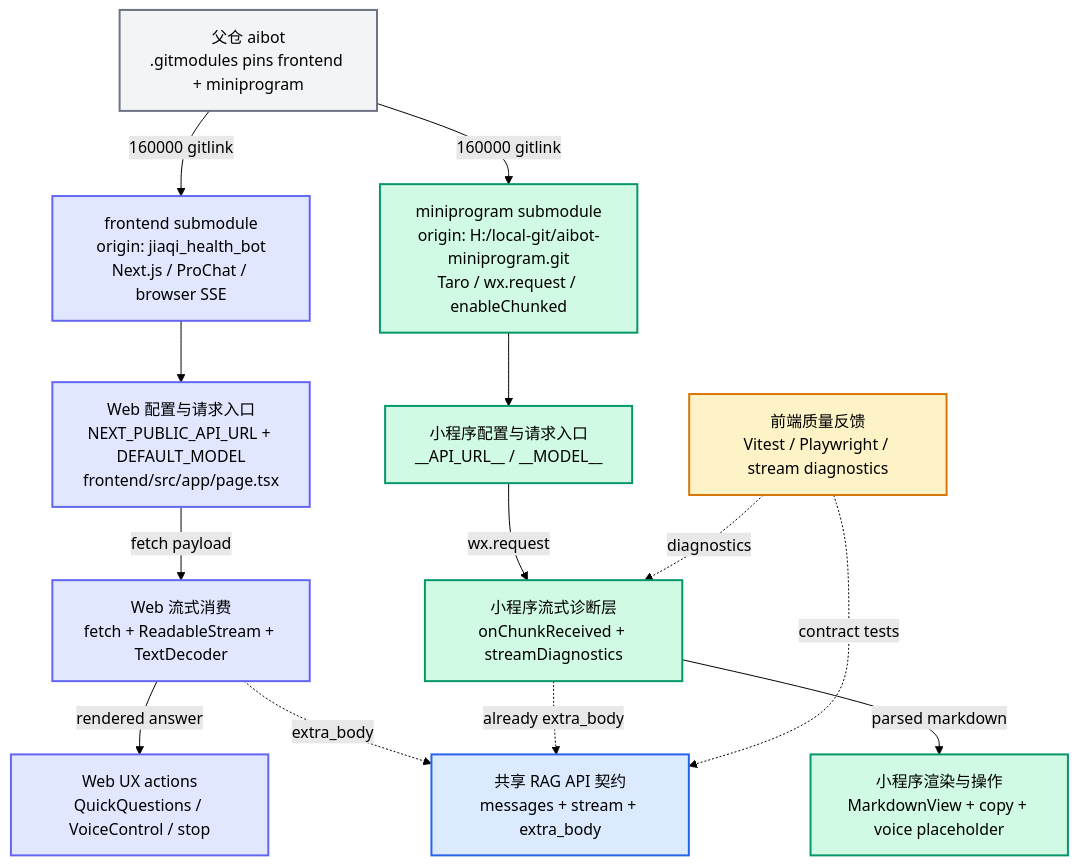
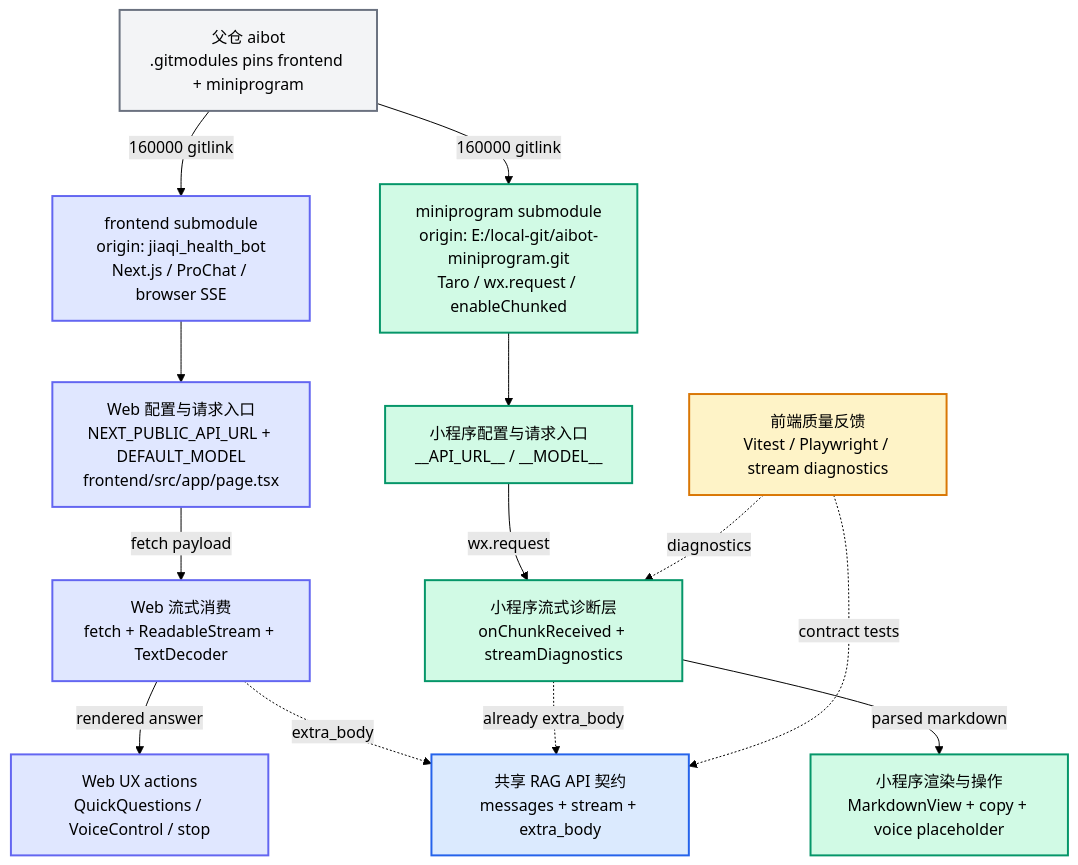
Before and after one commit to lelelelelelelelelelelelele/aibot_health: the diagram in docs/architecture/frontend_adapters/diagram.mmd, drawn with Mermaid (forest theme). The commit also changed 15 other files, not shown here.

```diff
--- a/docs/architecture/frontend_adapters/diagram.mmd
+++ b/docs/architecture/frontend_adapters/diagram.mmd
@@ -1,32 +1,32 @@
 flowchart TD
   parent_repo["父仓 aibot<br/>.gitmodules pins frontend + miniprogram"]
   web_submodule["frontend submodule<br/>origin: jiaqi_health_bot<br/>Next.js / ProChat / browser SSE"]
-  mini_submodule["miniprogram submodule<br/>origin: H:/local-git/aibot-miniprogram.git<br/>Taro / wx.request / enableChunked"]
+  mini_submodule["miniprogram submodule<br/>origin: E:/local-git/aibot-miniprogram.git<br/>Taro / wx.request / enableChunked"]
   web_config["Web 配置与请求入口<br/>NEXT_PUBLIC_API_URL + DEFAULT_MODEL<br/>frontend/src/app/page.tsx"]
   web_stream["Web 流式消费<br/>fetch + ReadableStream + TextDecoder"]
   web_actions["Web UX actions<br/>QuickQuestions / VoiceControl / stop"]
   mini_config["小程序配置与请求入口<br/>__API_URL__ / __MODEL__"]
   mini_stream["小程序流式诊断层<br/>onChunkReceived + streamDiagnostics"]
   mini_render["小程序渲染与操作<br/>MarkdownView + copy + voice placeholder"]
   shared_contract["共享 RAG API 契约<br/>messages + stream + extra_body"]
   frontend_quality["前端质量反馈<br/>Vitest / Playwright / stream diagnostics"]
 
   parent_repo -->|"160000 gitlink"| web_submodule
   parent_repo -->|"160000 gitlink"| mini_submodule
   web_submodule --> web_config -->|"fetch payload"| web_stream -->|"rendered answer"| web_actions
   mini_submodule --> mini_config -->|"wx.request"| mini_stream -->|"parsed markdown"| mini_render
   web_stream -.->|"extra_body"| shared_contract
   mini_stream -.->|"already extra_body"| shared_contract
   frontend_quality -.->|"diagnostics"| mini_stream
   frontend_quality -.->|"contract tests"| shared_contract
 
   classDef boundary fill:#f3f4f6,stroke:#6b7280,stroke-width:2px
   classDef web fill:#e0e7ff,stroke:#6366f1,stroke-width:2px
   classDef mini fill:#d1fae5,stroke:#059669,stroke-width:2px
   classDef contract fill:#dbeafe,stroke:#2563eb,stroke-width:2px
   classDef quality fill:#fef3c7,stroke:#d97706,stroke-width:2px
   class parent_repo boundary
   class web_submodule,web_config,web_stream,web_actions web
   class mini_submodule,mini_config,mini_stream,mini_render mini
   class shared_contract contract
   class frontend_quality quality
```
